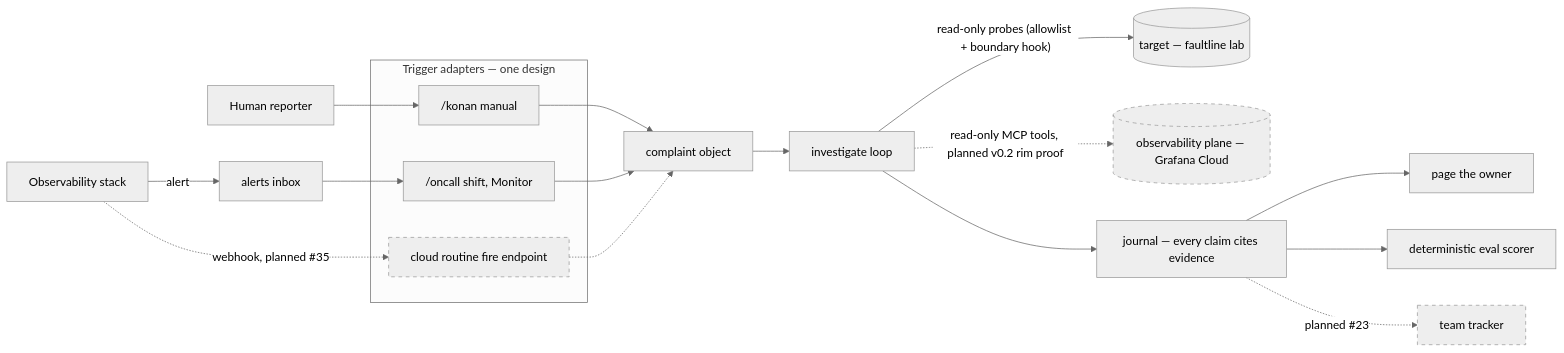
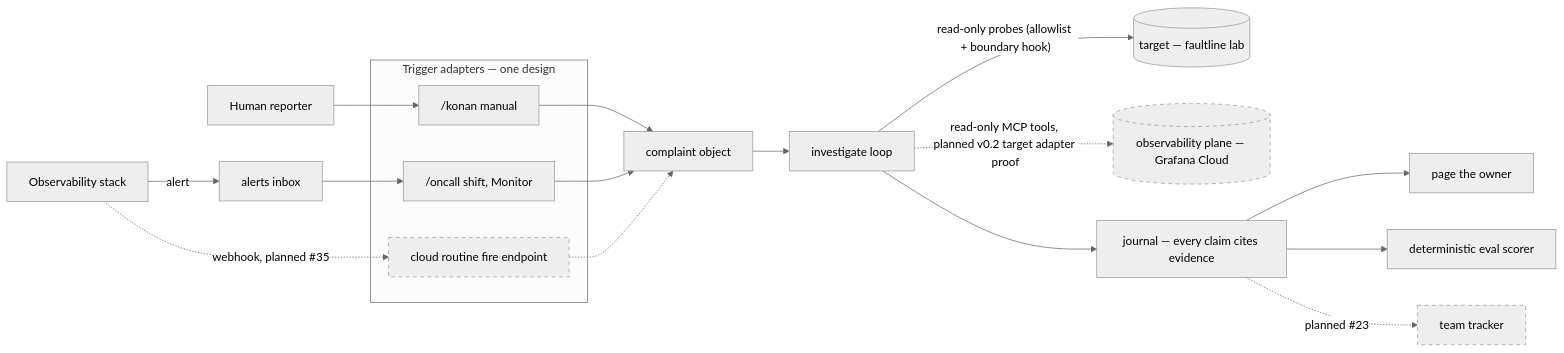
The first of 3 diagrams in docs/architecture.md (lyudmylan/konan), drawn with Mermaid (neutral theme) before and after one commit. The commit also changed 23 other files, not shown here.

First line of the commit message:
The word adapter replaces rim: the paths, the variable, the skill, every tracked text

````diff
--- a/docs/architecture.md
+++ b/docs/architecture.md
@@ -16,29 +16,29 @@
 ```mermaid
 flowchart LR
   human[Human reporter] --> konancmd
   stack[Observability stack] -->|alert| inbox[alerts inbox]
   stack -.->|webhook, planned #35| fire
 
   subgraph adapters[Trigger adapters — one design]
     konancmd["/konan manual"]
     shift["/oncall shift, Monitor"]
     fire["cloud routine fire endpoint"]
   end
   inbox --> shift
 
   konancmd --> c[complaint object]
   shift --> c
   fire -.-> c
 
   c --> loop[investigate loop]
   loop -->|"read-only probes (allowlist + boundary hook)"| target[("target — faultline lab")]
-  loop -.->|"read-only MCP tools, planned v0.2 rim proof"| obs[("observability plane — Grafana Cloud")]
+  loop -.->|"read-only MCP tools, planned v0.2 target adapter proof"| obs[("observability plane — Grafana Cloud")]
   loop --> journal[journal — every claim cites evidence]
 
   journal --> page[page the owner]
   journal --> scorer[deterministic eval scorer]
   journal -.->|planned #23| tracker[team tracker]
 
   classDef planned stroke-dasharray: 5 5
   class fire,tracker,obs planned
 ```
````
